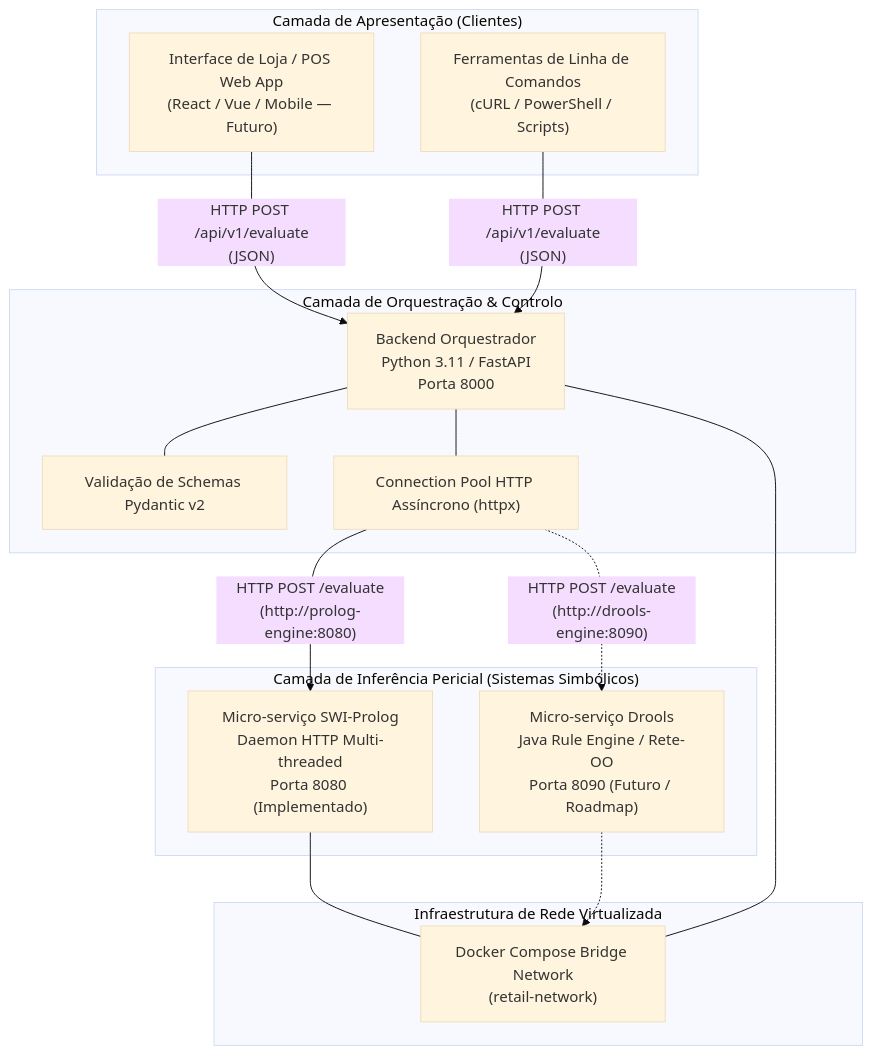
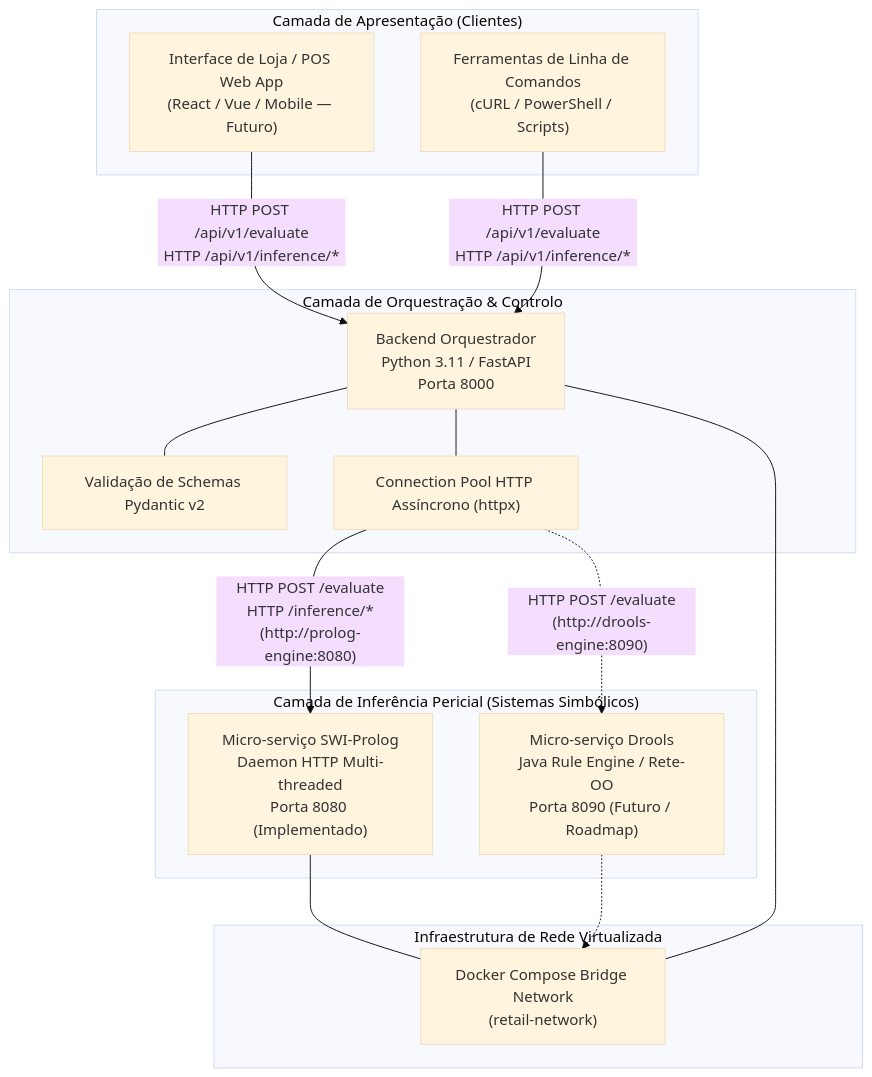
The diagram in docs/architecture/system_overview.md (Santiago-1211173/meia-equipa3-challenge1-26_27), drawn with Mermaid (base theme) before and after one commit. The commit also changed other lines of this file and 37 other files, not shown here.

Commit message:
feat: initialize backend orchestrator and prolog engine services with comprehensive tests and documentation

````diff
--- a/docs/architecture/system_overview.md
+++ b/docs/architecture/system_overview.md
@@ -12,35 +12,35 @@
 ```mermaid
 flowchart TD
     subgraph ClientLayer ["Camada de Apresentação (Clientes)"]
         UI["Interface de Loja / POS Web App<br/>(React / Vue / Mobile — Futuro)"]
         CLI["Ferramentas de Linha de Comandos<br/>(cURL / PowerShell / Scripts)"]
     end
 
     subgraph OrchestrationLayer ["Camada de Orquestração & Controlo"]
         API["Backend Orquestrador<br/>Python 3.11 / FastAPI<br/>Porta 8000"]
         VAL["Validação de Schemas Pydantic v2"]
         POOL["Connection Pool HTTP Assíncrono (httpx)"]
     end
 
     subgraph InferenceLayer ["Camada de Inferência Pericial (Sistemas Simbólicos)"]
         PROLOG["Micro-serviço SWI-Prolog<br/>Daemon HTTP Multi-threaded<br/>Porta 8080 (Implementado)"]
         DROOLS["Micro-serviço Drools<br/>Java Rule Engine / Rete-OO<br/>Porta 8090 (Futuro / Roadmap)"]
     end
 
     subgraph NetworkInfra ["Infraestrutura de Rede Virtualizada"]
         DOCKER["Docker Compose Bridge Network<br/>(retail-network)"]
     end
 
-    UI -->|"HTTP POST /api/v1/evaluate<br/>(JSON)"| API
-    CLI -->|"HTTP POST /api/v1/evaluate<br/>(JSON)"| API
+    UI -->|"HTTP POST /api/v1/evaluate<br/>HTTP /api/v1/inference/*"| API
+    CLI -->|"HTTP POST /api/v1/evaluate<br/>HTTP /api/v1/inference/*"| API
 
     API --- VAL
     API --- POOL
 
-    POOL -->|"HTTP POST /evaluate<br/>(http://prolog-engine:8080)"| PROLOG
+    POOL -->|"HTTP POST /evaluate<br/>HTTP /inference/*<br/>(http://prolog-engine:8080)"| PROLOG
     POOL -.->|"HTTP POST /evaluate<br/>(http://drools-engine:8090)"| DROOLS
 
     PROLOG --- DOCKER
     API --- DOCKER
     DROOLS -.-> DOCKER
 ```
````
